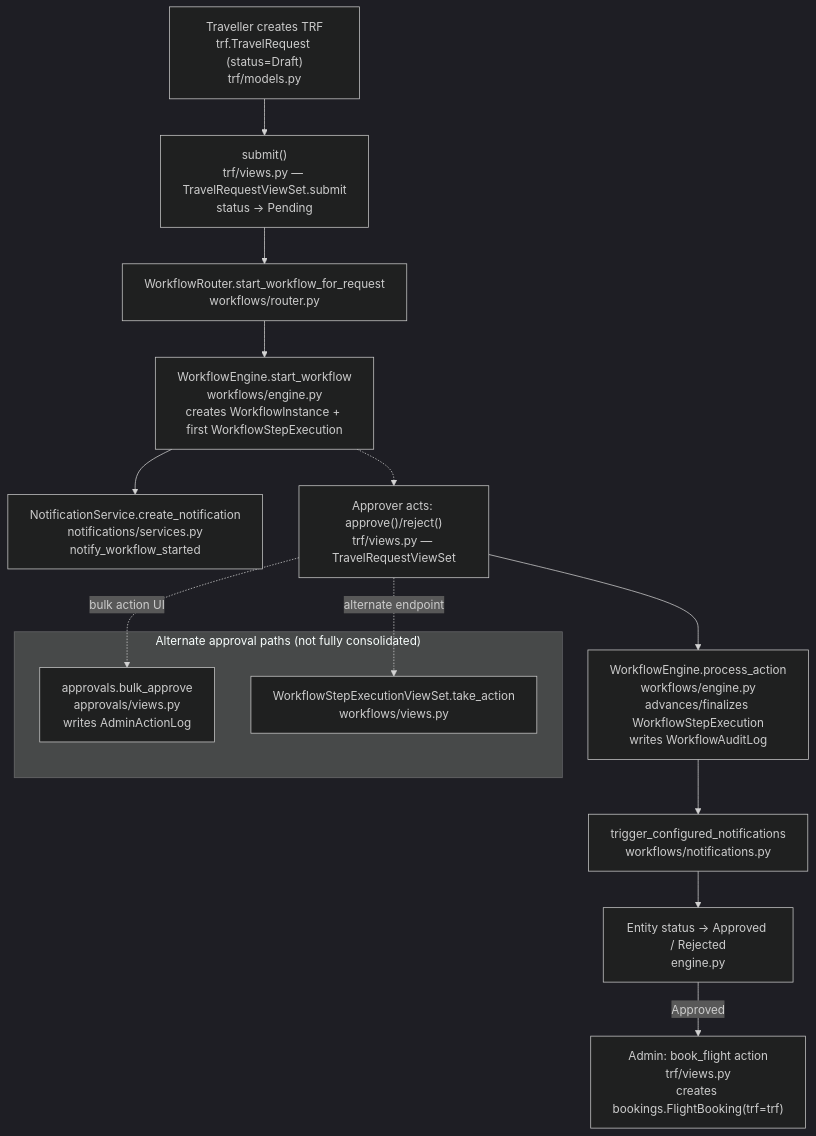
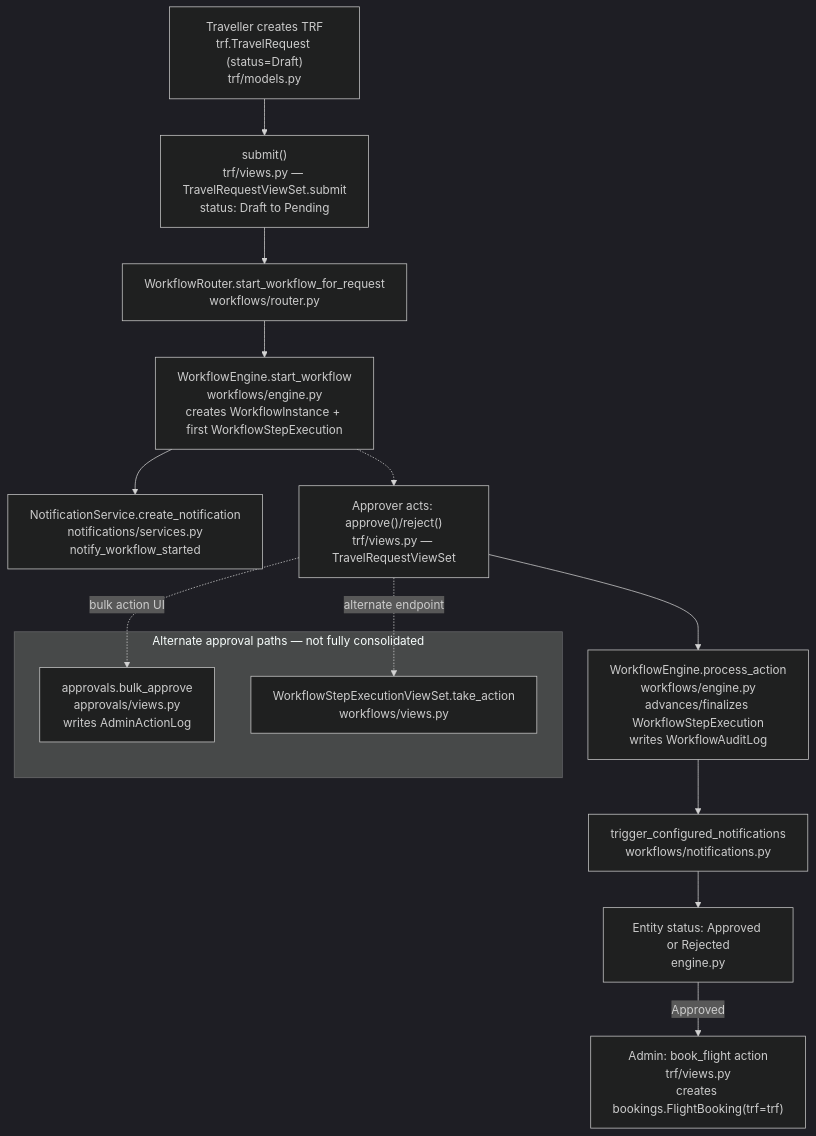
One commit to arslant84/tms.app changed the seventh of 7 diagrams in docs/ARCHITECTURE.md. Above: the diagram before and after it, drawn with Mermaid (dark theme). The commit also changed other lines of this file and 14 other files, not shown here.

First line of the commit message:
Consolidate divergent approval code paths onto WorkflowEngine

````diff
--- a/docs/ARCHITECTURE.md
+++ b/docs/ARCHITECTURE.md
@@ -266,28 +266,28 @@
 ```mermaid
 flowchart TD
     C["Traveller creates TRF<br/>trf.TravelRequest (status=Draft)<br/>trf/models.py"]
-    S["submit()<br/>trf/views.py — TravelRequestViewSet.submit<br/>status → Pending"]
+    S["submit()<br/>trf/views.py — TravelRequestViewSet.submit<br/>status: Draft to Pending"]
     WR["WorkflowRouter.start_workflow_for_request<br/>workflows/router.py"]
     WE1["WorkflowEngine.start_workflow<br/>workflows/engine.py<br/>creates WorkflowInstance + first WorkflowStepExecution"]
     N1["NotificationService.create_notification<br/>notifications/services.py<br/>notify_workflow_started"]
 
     A["Approver acts: approve()/reject()<br/>trf/views.py — TravelRequestViewSet"]
     WE2["WorkflowEngine.process_action<br/>workflows/engine.py<br/>advances/finalizes WorkflowStepExecution<br/>writes WorkflowAuditLog"]
     N2["trigger_configured_notifications<br/>workflows/notifications.py"]
-    FIN["Entity status → Approved / Rejected<br/>engine.py"]
+    FIN["Entity status: Approved or Rejected<br/>engine.py"]
 
     BK["Admin: book_flight action<br/>trf/views.py<br/>creates bookings.FlightBooking(trf=trf)"]
 
     C --> S --> WR --> WE1 --> N1
     WE1 -.-> A
     A --> WE2 --> N2 --> FIN
     FIN -->|"Approved"| BK
 
-    subgraph Alt["Alternate approval paths (not fully consolidated)"]
+    subgraph Alt["Alternate approval paths — not fully consolidated"]
         AB["approvals.bulk_approve<br/>approvals/views.py<br/>writes AdminActionLog"]
         TA["WorkflowStepExecutionViewSet.take_action<br/>workflows/views.py"]
     end
 
     A -.->|"bulk action UI"| AB
     A -.->|"alternate endpoint"| TA
 ```
````
